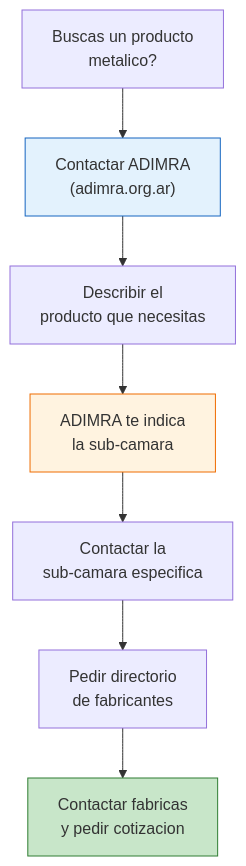
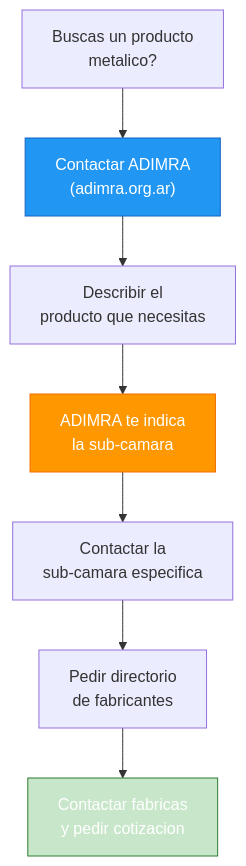
One commit to barrosignacioezequiel-coder/docs changed the diagram in app/paso1-argentina/encontrar-fabricas/camaras-metalurgia-plasticos.mdx. Above: the diagram before and after it, drawn with Mermaid. The commit also changed 66 other files, not shown here.

First line of the commit message:
fix: resolve Mermaid v11 numbered list errors + improve contrast

````diff
--- a/app/paso1-argentina/encontrar-fabricas/camaras-metalurgia-plasticos.mdx
+++ b/app/paso1-argentina/encontrar-fabricas/camaras-metalurgia-plasticos.mdx
@@ -53,13 +53,13 @@
 ```mermaid
 graph TD
     A["Buscas un producto<br/>metalico?"] --> B["Contactar ADIMRA<br/>(adimra.org.ar)"]
     B --> C["Describir el<br/>producto que necesitas"]
     C --> D["ADIMRA te indica<br/>la sub-camara"]
     D --> E["Contactar la<br/>sub-camara especifica"]
     E --> F["Pedir directorio<br/>de fabricantes"]
     F --> G["Contactar fabricas<br/>y pedir cotizacion"]
 
-    style B fill:#e3f2fd,stroke:#1565c0
-    style D fill:#fff3e0,stroke:#ef6c00
-    style G fill:#c8e6c9,stroke:#2e7d32
+    style B fill:#2196f3,stroke:#1565c0,color:#fff
+    style D fill:#ff9800,stroke:#ef6c00,color:#fff
+    style G fill:#c8e6c9,stroke:#2e7d32,color:#fff
 ```
````
